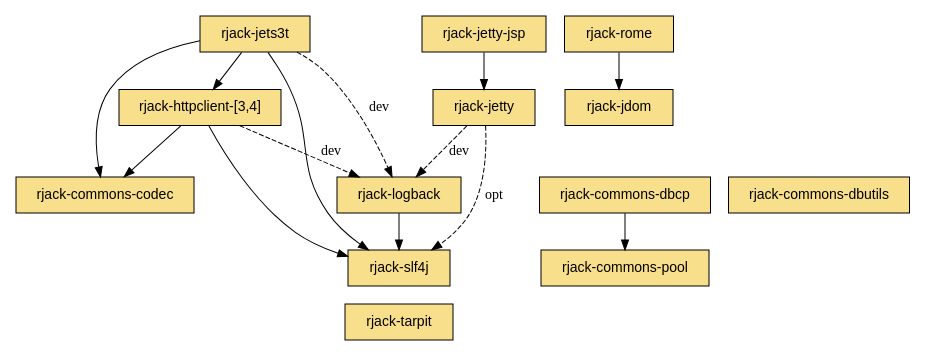
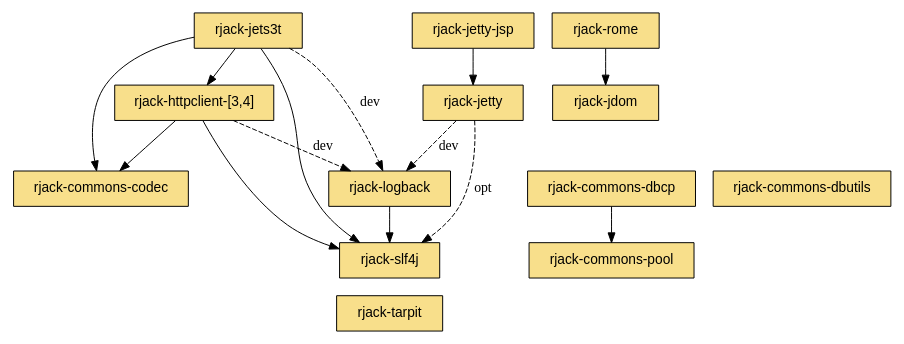
The diagram in www/rjack.dot (dekellum/rjack), drawn with Graphviz before and after one commit. The commit also changed 1 other file, not shown here.

Commit message:
www: Reduce dep. graph width and use transparent canvas.

```diff
--- a/www/rjack.dot
+++ b/www/rjack.dot
@@ -1,56 +1,57 @@
 digraph "RJack Gem Dependency Graph" {
-  rankdir=TB
-  size="7.5,10";
+  bgcolor="transparent";
+  rankdir=TB;
+  size="7.4,10";
   node [ shape=box, style=filled, fillcolor="#f8df8b", fontname="Arial",
          margin="0.30,0.1" ];
 
   "rjack-jets3t" -> "rjack-httpclient";
   "rjack-jets3t" -> "rjack-commons-codec";
   "rjack-jets3t" -> "rjack-slf4j";
   "rjack-jets3t" -> "rjack-logback" [ style=dashed, label="dev" ];
 
   subgraph u {
     rank=same
     "rjack-rome"   [ target=_parent, URL="rome/" ];
     "rjack-jets3t" [ target=_parent, URL="jets3t/" ];
   }
 
   "rjack-jdom"     [ target=_parent, URL="jdom/" ];
   "rjack-rome" -> "rjack-jdom"
 
   "rjack-httpclient" [ target=_parent, URL="httpclient-3/",
                        shape=record, label="rjack-httpclient-[3,4]" ];
 
   "rjack-httpclient" -> "rjack-commons-codec";
   "rjack-httpclient" -> "rjack-logback" [ style=dashed, label="dev" ];
   "rjack-httpclient" -> "rjack-slf4j";
 
   "rjack-jetty"     [ target=_parent, URL="jetty/" ];
   "rjack-jetty-jsp" [ target=_parent, URL="jetty-jsp/" ];
   "rjack-jetty-jsp" -> "rjack-jetty";
 
   "rjack-jetty" -> "rjack-logback" [ style=dashed, label="dev" ];
   "rjack-jetty" -> "rjack-slf4j"   [ style=dashed, label="opt" ];
 
   "rjack-slf4j"   [ target=_parent, URL="slf4j/", group=log ];
   "rjack-logback" [ target=_parent, URL="logback/", group=log ];
 
   "rjack-logback" -> "rjack-slf4j";
 
   "rjack-commons-codec"   [ target=_parent, URL="commons-codec/", group=commons ];
 
   subgraph d {
     rank=same
     "rjack-commons-dbcp"    [ target=_parent, URL="commons-dbcp/", group=commons ];
     "rjack-commons-dbutils" [ target=_parent, URL="commons-dbutils/", group=commons ];
   }
 
   "rjack-commons-pool"    [ target=_parent, URL="commons-pool/", group=commons ];
   "rjack-commons-dbcp" -> "rjack-commons-pool";
 
   subgraph t {
     rank=sink
     "rjack-tarpit" [ target=_parent, URL="tarpit/" ];
   }
 
 }
```
